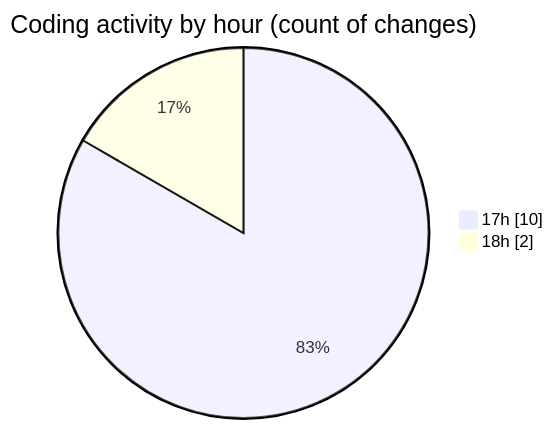
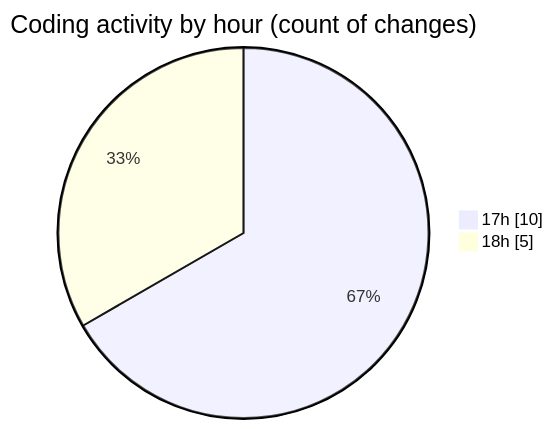
Before and after one commit to EIIisD/code-tracking: the second of 2 diagrams in 2025-08-03/tts/README.md, drawn with Mermaid. The commit also changed other lines of this file and 1 other file, not shown here.

````diff
--- a/2025-08-03/tts/README.md
+++ b/2025-08-03/tts/README.md
@@ -29,6 +29,6 @@
 ```mermaid
 pie showData
 title Coding activity by hour (count of changes)
 "17h" : 10
-"18h" : 2
+"18h" : 5
 ```
````
